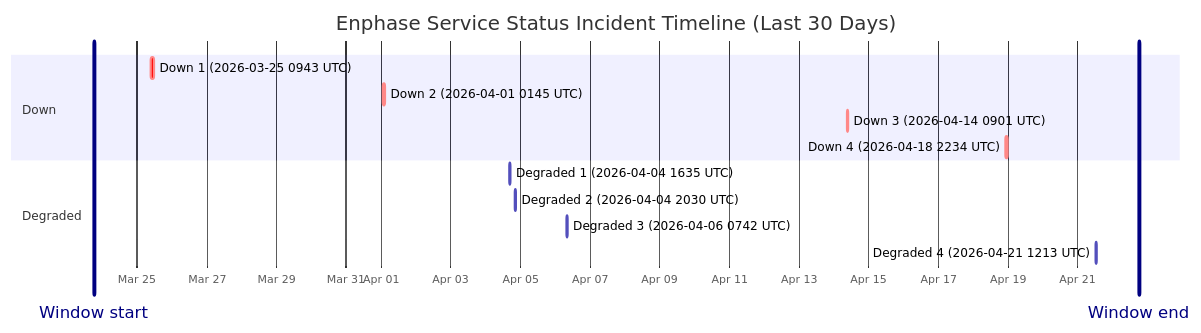
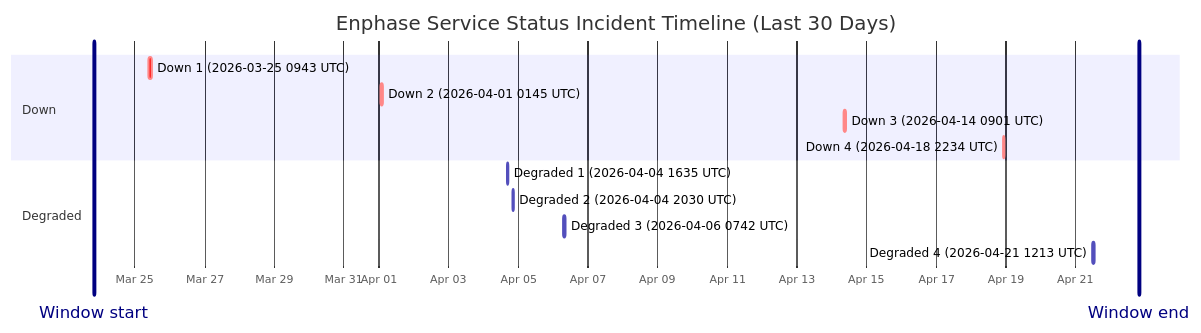
Before and after one commit to barneyonline/ha-enphase-ev-charger: the diagram in wiki/Service-Status-History.md, drawn with Mermaid. The commit also changed other lines of this file and 3 other files, not shown here.

````diff
--- a/wiki/Service-Status-History.md
+++ b/wiki/Service-Status-History.md
@@ -14,18 +14,18 @@
 ```mermaid
 gantt
     title Enphase Service Status Incident Timeline (Last 30 Days)
     dateFormat  YYYY-MM-DDTHH:mm:ss
     axisFormat  %b %d
-    Window start :vert, window-start, 2026-03-23T18:07:30, 0ms
-    Window end :vert, window-end, 2026-04-22T18:07:30, 0ms
+    Window start :vert, window-start, 2026-03-23T19:46:21, 0ms
+    Window end :vert, window-end, 2026-04-22T19:46:21, 0ms
     section Down
     Down 1 (2026-03-25 0943 UTC) :crit, down-1, 2026-03-25T09:43:28, 111m
     Down 2 (2026-04-01 0145 UTC) :crit, down-2, 2026-04-01T01:45:09, 60m
     Down 3 (2026-04-14 0901 UTC) :crit, down-3, 2026-04-14T09:01:13, 60m
     Down 4 (2026-04-18 2234 UTC) :crit, down-4, 2026-04-18T22:34:13, 60m
     section Degraded
     Degraded 1 (2026-04-04 1635 UTC) :active, degraded-1, 2026-04-04T16:35:17, 60m
     Degraded 2 (2026-04-04 2030 UTC) :active, degraded-2, 2026-04-04T20:30:40, 60m
     Degraded 3 (2026-04-06 0742 UTC) :active, degraded-3, 2026-04-06T07:42:09, 85m
     Degraded 4 (2026-04-21 1213 UTC) :active, degraded-4, 2026-04-21T12:13:11, 60m
 ```
````
